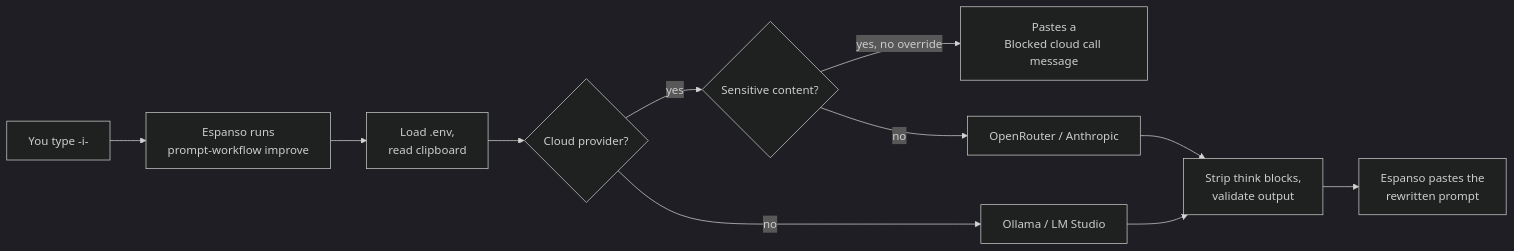
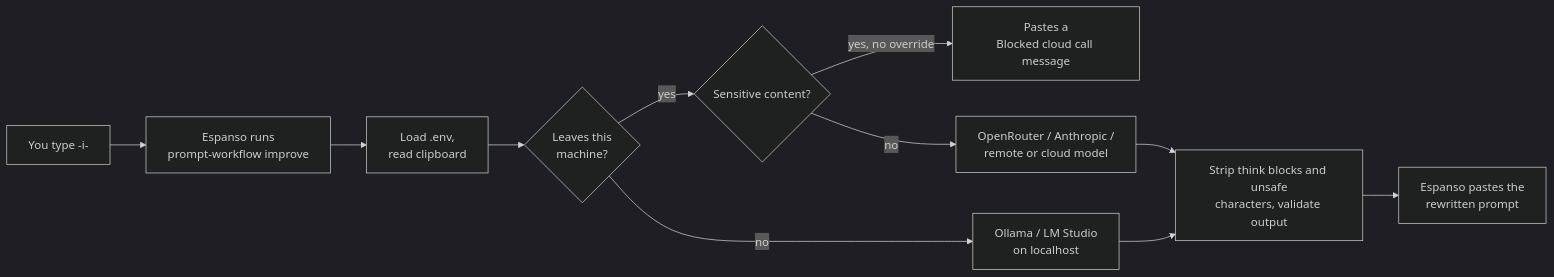
One commit to vlastimilbures/espanso-prompt-rewriter changed the diagram in README.md. Above: the diagram before and after it, drawn with Mermaid (dark theme). The commit also changed other lines of this file and 45 other files, not shown here.

First line of the commit message:
fix(security): gate remote local providers, clean pasted output, fix wheel build (#6)

````diff
--- a/README.md
+++ b/README.md
@@ -115,13 +116,13 @@
 ```mermaid
 flowchart LR
     A["You type -i-"] --> B["Espanso runs<br/>prompt-workflow improve"]
     B --> C["Load .env,<br/>read clipboard"]
-    C --> D{"Cloud provider?"}
+    C --> D{"Leaves this<br/>machine?"}
     D -- yes --> E{"Sensitive content?"}
     E -- "yes, no override" --> X["Pastes a<br/>Blocked cloud call message"]
-    E -- no --> F["OpenRouter / Anthropic"]
-    D -- no --> G["Ollama / LM Studio"]
-    F --> H["Strip think blocks,<br/>validate output"]
+    E -- no --> F["OpenRouter / Anthropic /<br/>remote or cloud model"]
+    D -- no --> G["Ollama / LM Studio<br/>on localhost"]
+    F --> H["Strip think blocks and unsafe<br/>characters, validate output"]
     G --> H
     H --> I["Espanso pastes the<br/>rewritten prompt"]
 ```
````
